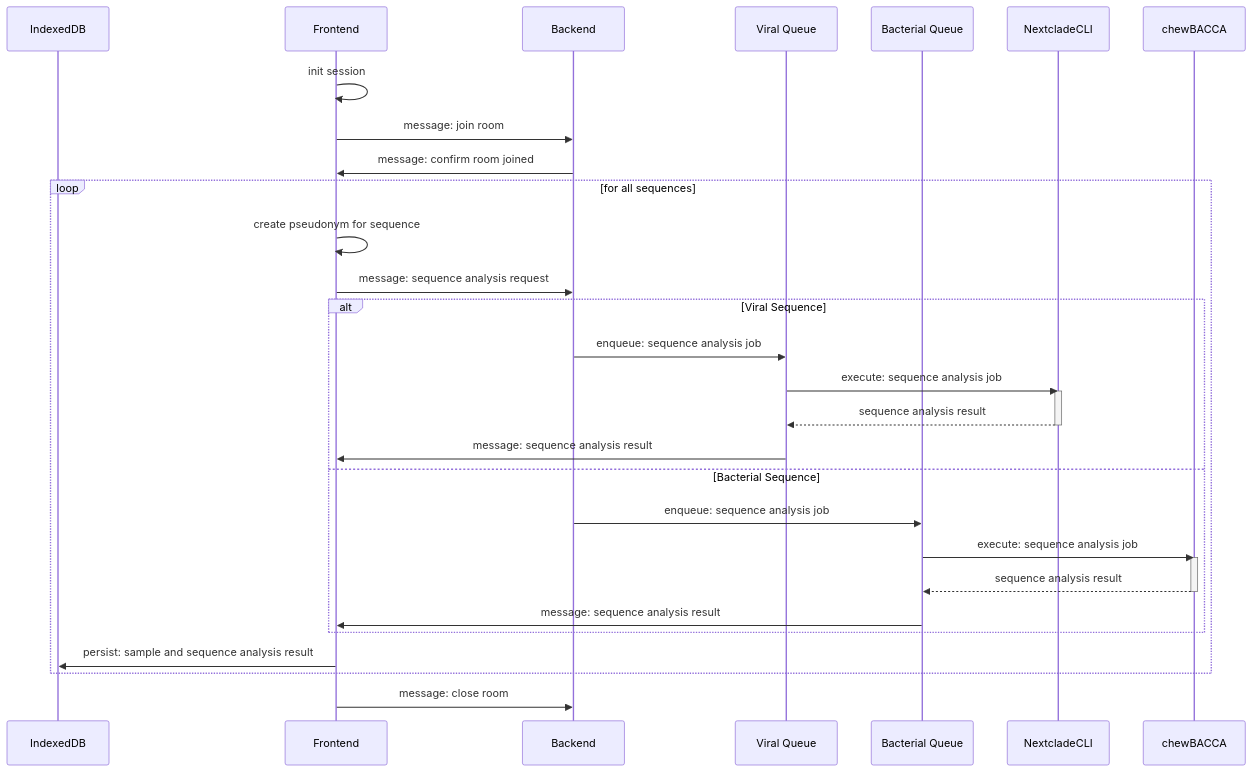
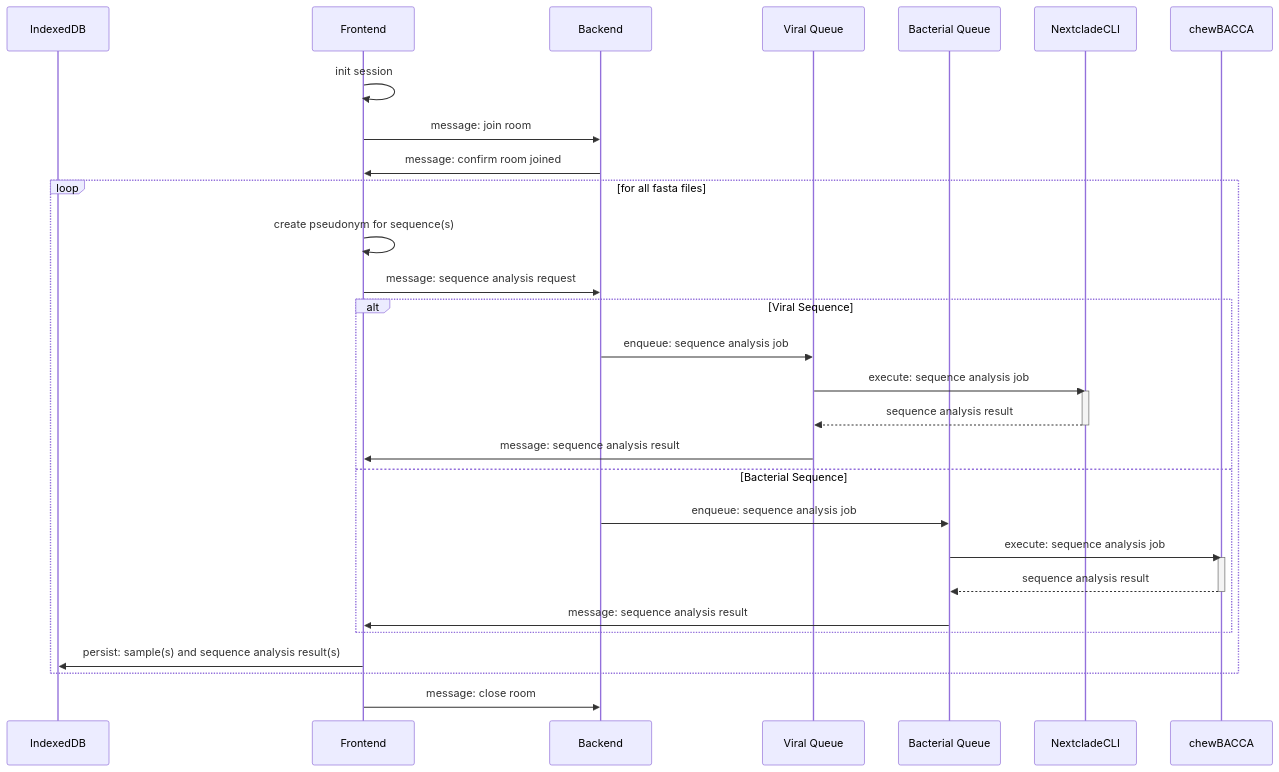
One commit to DiltheyLab/GENTRAIN changed the first of 13 diagrams in documentation/docs/developers/genomic_operations.md. Above: the diagram before and after it, drawn with Mermaid. The commit also changed other lines of this file and 2 other files, not shown here.

````diff
--- a/documentation/docs/developers/genomic_operations.md
+++ b/documentation/docs/developers/genomic_operations.md
@@ -92,34 +92,34 @@
 ```mermaid
 sequenceDiagram
     participant IndexedDB
     participant Frontend
     participant Backend
     participant Viral Queue
     participant Bacterial Queue
     participant NextcladeCLI
     participant chewBACCA
     Frontend->>Frontend: init session
     Frontend->>Backend: message: join room
     Backend->>Frontend: message: confirm room joined
-    loop for all sequences
-        Frontend->>Frontend: create pseudonym for sequence
+    loop for all fasta files
+        Frontend->>Frontend: create pseudonym for sequence(s)
         Frontend->>Backend: message: sequence analysis request
         alt Viral Sequence
             Backend->>Viral Queue: enqueue: sequence analysis job
             Viral Queue->>NextcladeCLI: execute: sequence analysis job
             activate NextcladeCLI
             NextcladeCLI-->>Viral Queue: sequence analysis result
             deactivate NextcladeCLI
             Viral Queue->>Frontend: message: sequence analysis result
         else Bacterial Sequence
             Backend->>Bacterial Queue: enqueue: sequence analysis job
             Bacterial Queue->>chewBACCA: execute: sequence analysis job
             activate chewBACCA
             chewBACCA-->>Bacterial Queue: sequence analysis result
             deactivate chewBACCA
             Bacterial Queue->>Frontend: message: sequence analysis result
         end
-        Frontend->>IndexedDB: persist: sample and sequence analysis result
+        Frontend->>IndexedDB: persist: sample(s) and sequence analysis result(s)
     end
     Frontend->>Backend: message: close room
 ```
````
